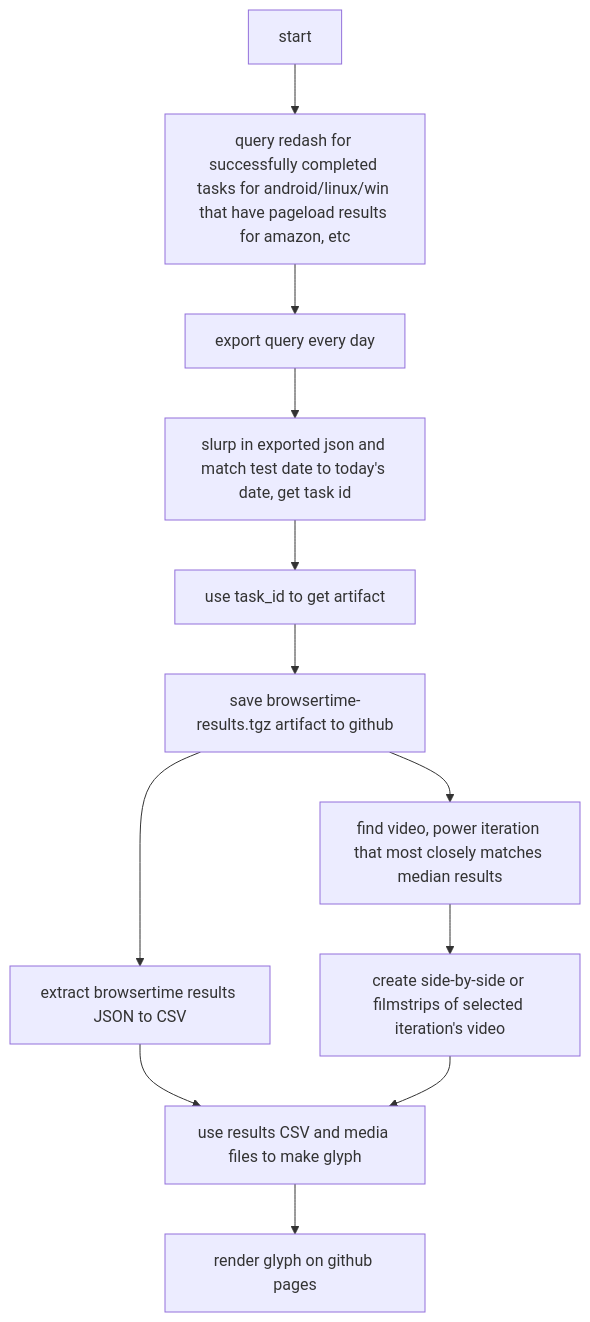
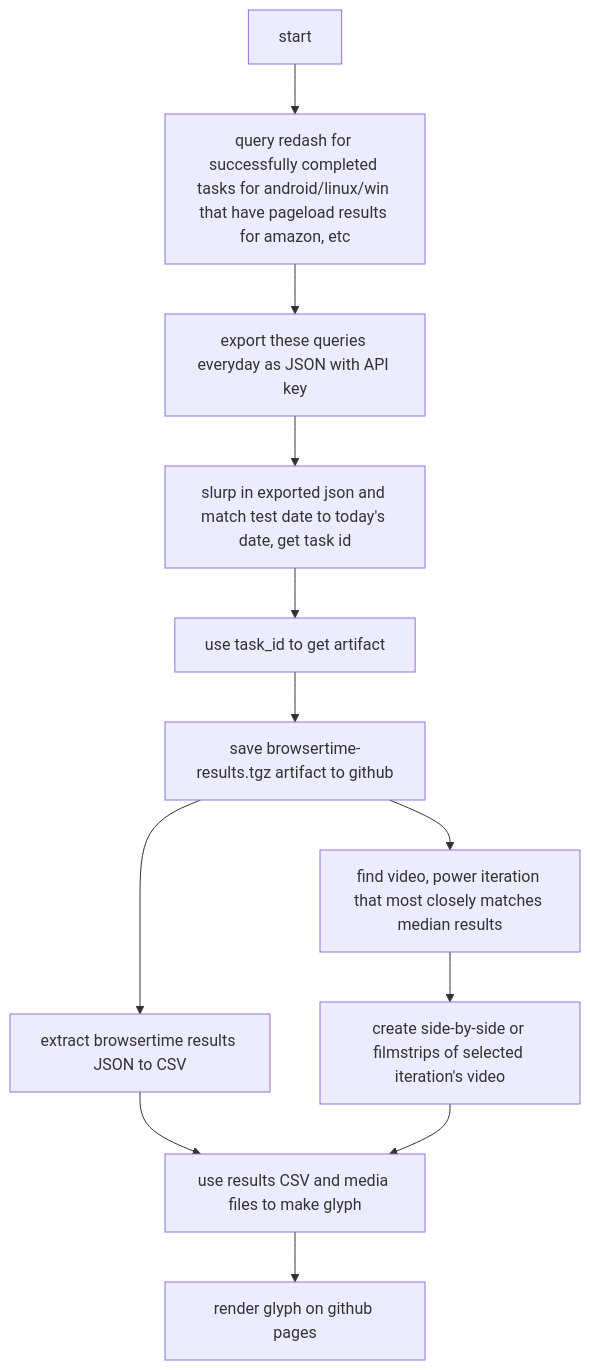
One commit to bdekoz/mozilla-data-pageload changed the diagram in docs/process-etl-to-display-flowchart.mmd. Above: the diagram before and after it, drawn with Mermaid.

Commit message:
update diagram

```diff
--- a/docs/process-etl-to-display-flowchart.mmd
+++ b/docs/process-etl-to-display-flowchart.mmd
@@ -1,12 +1,12 @@
 flowchart TB
 	  start --> step1[query redash for successfully completed tasks for android/linux/win that have pageload results for amazon, etc]
-	  step1 --> step2[export query every day]
+	  step1 --> step2[export these queries everyday as JSON with API key]
 	  step2 --> step3[slurp in exported json and match test date to today's date, get task id]
 	  step3 --> step4[use task_id to get artifact]
 	  step4 --> step5[save browsertime-results.tgz artifact to github]
 	  step5 --> step6a[extract browsertime results JSON to CSV]
 	  step5 --> step6b[find video, power iteration that most closely matches median results]
 	  step6b --> step6bb[create side-by-side or filmstrips of selected iteration's video]
 	  step6a --> step7[use results CSV and media files to make glyph]
 	  step6bb --> step7
 	  step7 --> step8[render glyph on github pages]
```
